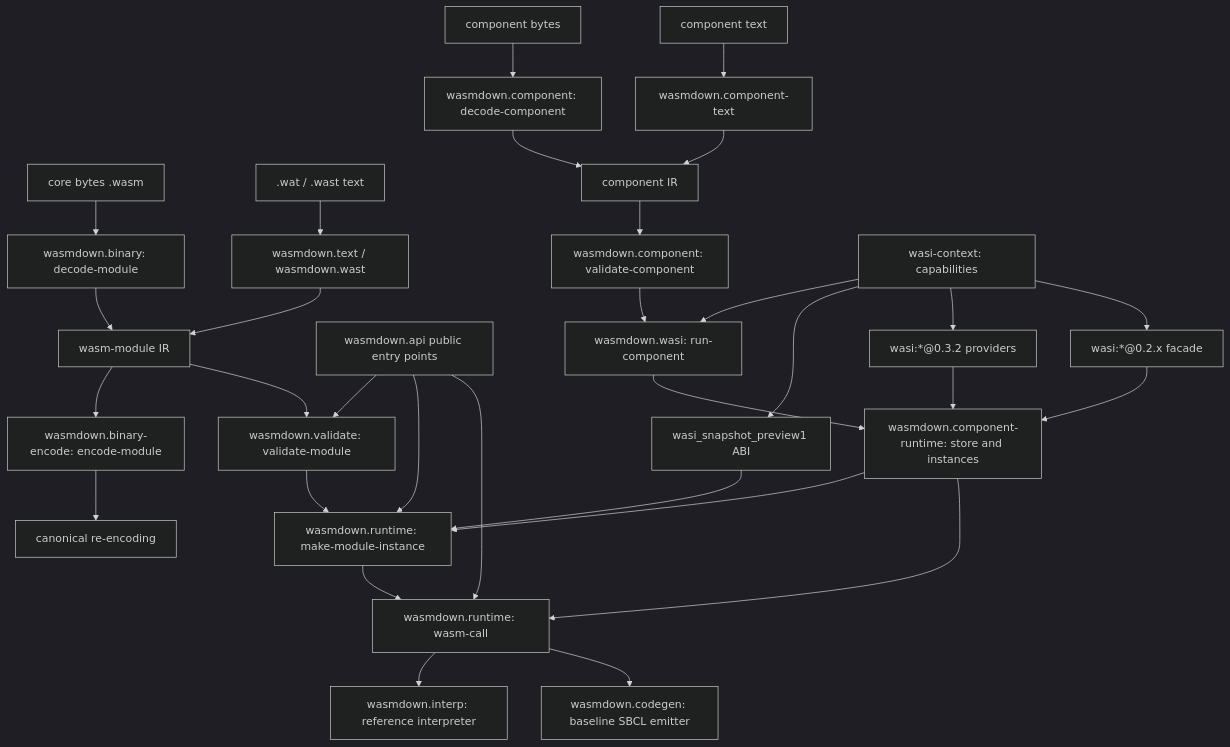
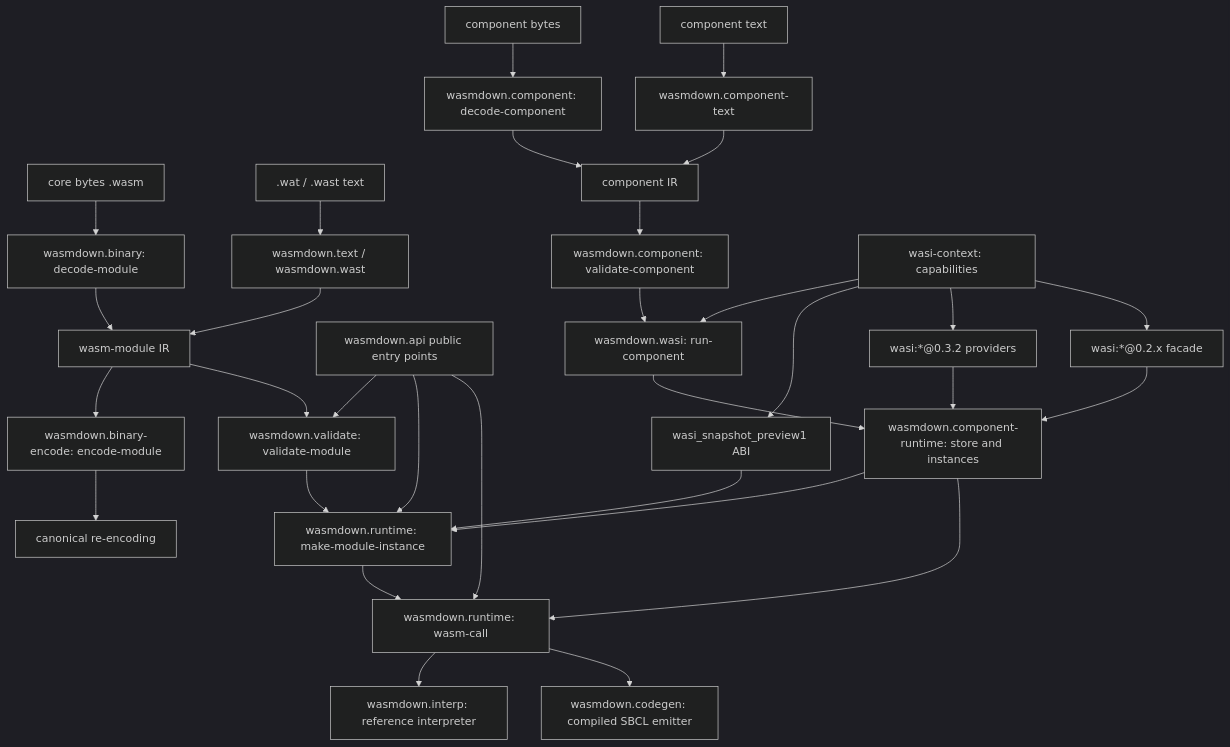
The diagram in docs/architecture.md (tani/wasmdown), drawn with Mermaid (dark theme) before and after one commit. The commit also changed other lines of this file and 48 other files, not shown here.

First line of the commit message:
rename the conservative backend :baseline -> :compiled

````diff
--- a/docs/architecture.md
+++ b/docs/architecture.md
@@ -13,35 +13,35 @@
 ```mermaid
 graph TD
   CORE_BYTES["core bytes .wasm"] --> DECODE["wasmdown.binary: decode-module"]
   CORE_TEXT[".wat / .wast text"] --> TEXT["wasmdown.text / wasmdown.wast"]
   TEXT --> IR["wasm-module IR"]
   DECODE --> IR
   IR --> ENCODE["wasmdown.binary-encode: encode-module"]
   ENCODE --> CANON["canonical re-encoding"]
   IR --> VALIDATE["wasmdown.validate: validate-module"]
   VALIDATE --> INSTANTIATE["wasmdown.runtime: make-module-instance"]
   INSTANTIATE --> INVOKE["wasmdown.runtime: wasm-call"]
   INVOKE --> INTERP["wasmdown.interp: reference interpreter"]
-  INVOKE --> CODEGEN["wasmdown.codegen: baseline SBCL emitter"]
+  INVOKE --> CODEGEN["wasmdown.codegen: compiled SBCL emitter"]
   API["wasmdown.api public entry points"] --> VALIDATE
   API --> INSTANTIATE
   API --> INVOKE
 
   COMP_BYTES["component bytes"] --> COMP_DECODE["wasmdown.component: decode-component"]
   COMP_TEXT["component text"] --> COMP_PARSE["wasmdown.component-text"]
   COMP_DECODE --> COMP_IR["component IR"]
   COMP_PARSE --> COMP_IR
   COMP_IR --> COMP_VALIDATE["wasmdown.component: validate-component"]
   COMP_VALIDATE --> RUN["wasmdown.wasi: run-component"]
   RUN --> STORE["wasmdown.component-runtime: store and instances"]
   STORE --> INSTANTIATE
   STORE --> INVOKE
 
   CTX["wasi-context: capabilities"] --> RUN
   CTX --> P1["wasi_snapshot_preview1 ABI"]
   CTX --> P03["wasi:*@0.3.2 providers"]
   CTX --> P02["wasi:*@0.2.x facade"]
   P1 --> INSTANTIATE
   P03 --> STORE
   P02 --> STORE
 ```
````
